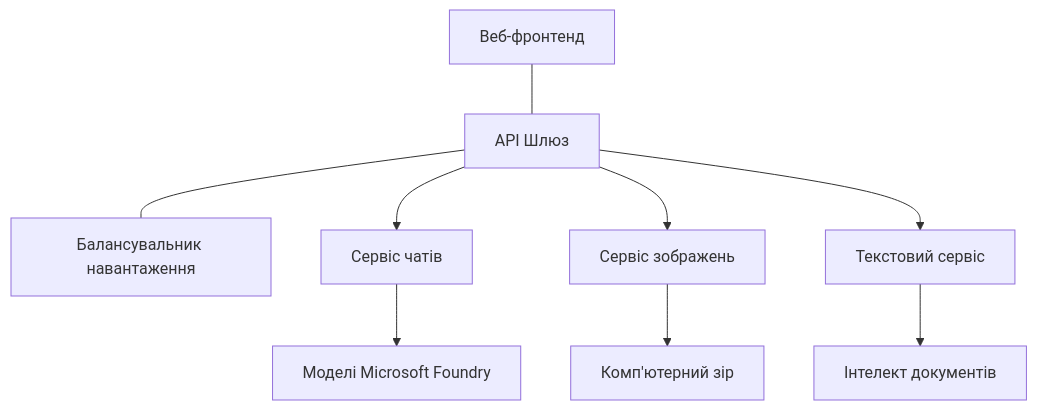
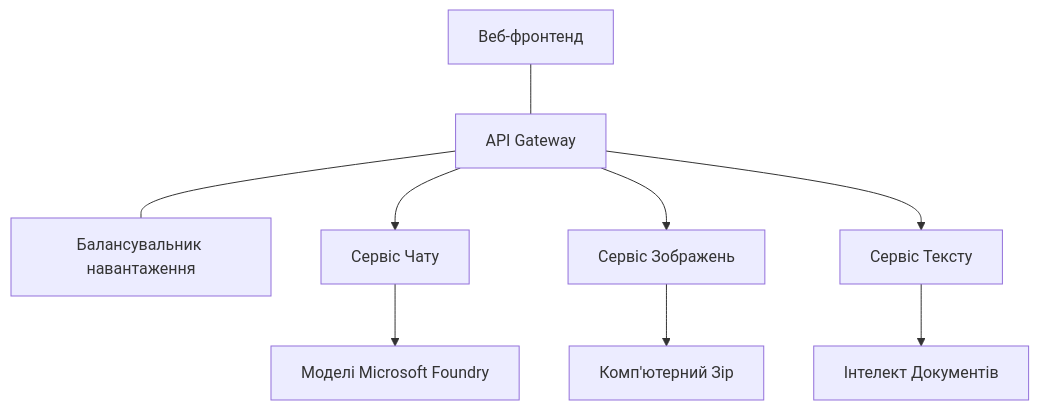
Before and after one commit to microsoft/AZD-for-beginners: the diagram in translations/uk/docs/chapter-08-production/production-ai-practices.md, drawn with Mermaid. The commit also changed other lines of this file and 104 other files, not shown here.

````diff
--- a/translations/uk/docs/chapter-08-production/production-ai-practices.md
+++ b/translations/uk/docs/chapter-08-production/production-ai-practices.md
@@ -30,10 +30,10 @@
 ```mermaid
 graph TD
-    Frontend[Веб-фронтенд] --- Gateway[API Шлюз] --- LB[Балансувальник навантаження]
-    Gateway --> Chat[Сервіс чатів]
-    Gateway --> Image[Сервіс зображень]
-    Gateway --> Text[Текстовий сервіс]
+    Frontend[Веб-фронтенд] --- Gateway[API Gateway] --- LB[Балансувальник навантаження]
+    Gateway --> Chat[Сервіс Чату]
+    Gateway --> Image[Сервіс Зображень]
+    Gateway --> Text[Сервіс Тексту]
     Chat --> OpenAI[Моделі Microsoft Foundry]
-    Image --> Vision[Комп'ютерний зір]
-    Text --> DocIntel[Інтелект документів]
+    Image --> Vision[Комп'ютерний Зір]
+    Text --> DocIntel[Інтелект Документів]
 ```
````
